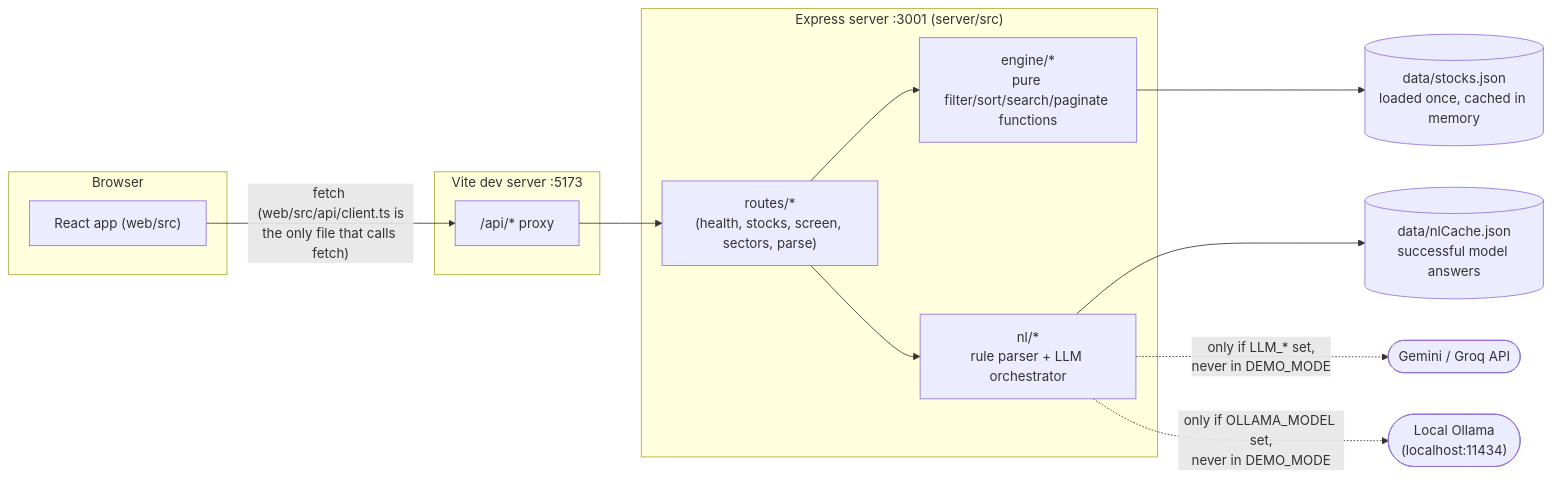
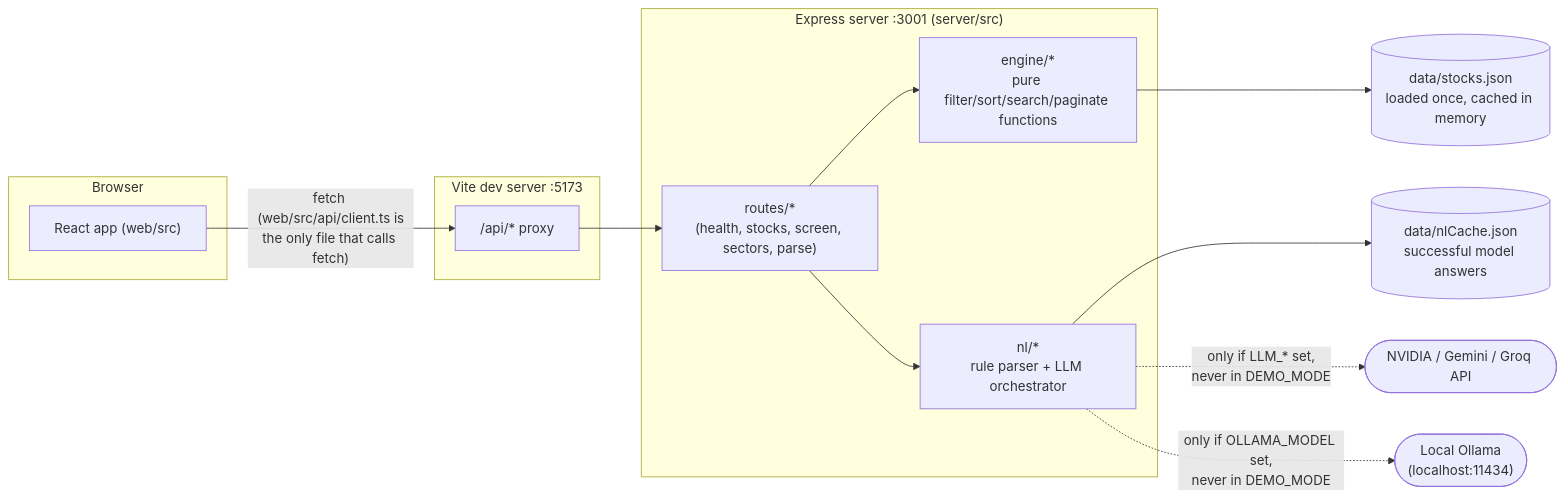
The first of 2 diagrams in README.md (AlfredBateman/StockPilot), drawn with Mermaid before and after one commit. The commit also changed other lines of this file and 27 other files, not shown here.

````diff
--- a/README.md
+++ b/README.md
@@ -107,27 +108,27 @@
 ```mermaid
 graph LR
     subgraph Browser
         UI["React app (web/src)"]
     end
     subgraph "Vite dev server :5173"
         Proxy["/api/* proxy"]
     end
     subgraph "Express server :3001 (server/src)"
         Routes["routes/*<br/>(health, stocks, screen, sectors, parse)"]
         Engine["engine/*<br/>pure filter/sort/search/paginate functions"]
         NL["nl/*<br/>rule parser + LLM orchestrator"]
     end
     Snapshot[("data/stocks.json<br/>loaded once, cached in memory")]
     Cache[("data/nlCache.json<br/>successful model answers")]
-    LLM(["Gemini / Groq API"])
+    LLM(["NVIDIA / Gemini / Groq API"])
     Ollama(["Local Ollama<br/>(localhost:11434)"])
 
     UI -- "fetch (web/src/api/client.ts is\nthe only file that calls fetch)" --> Proxy
     Proxy --> Routes
     Routes --> Engine
     Routes --> NL
     Engine --> Snapshot
     NL --> Cache
     NL -. "only if LLM_* set,\nnever in DEMO_MODE" .-> LLM
     NL -. "only if OLLAMA_MODEL set,\nnever in DEMO_MODE" .-> Ollama
 ```
````
